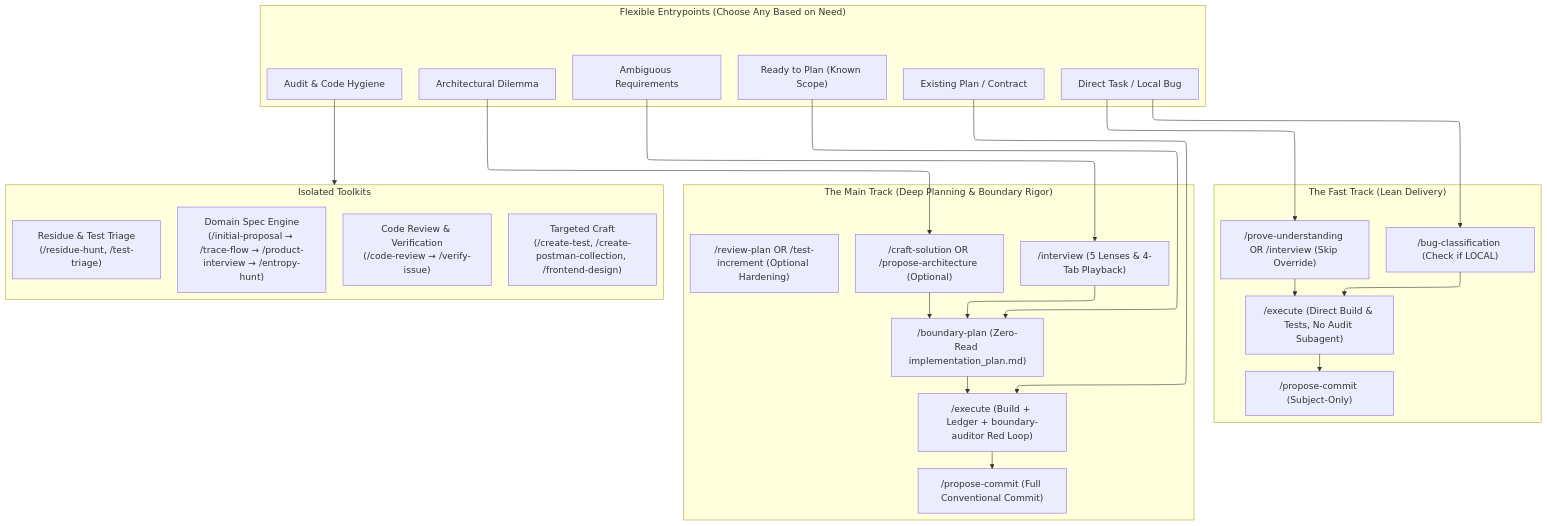
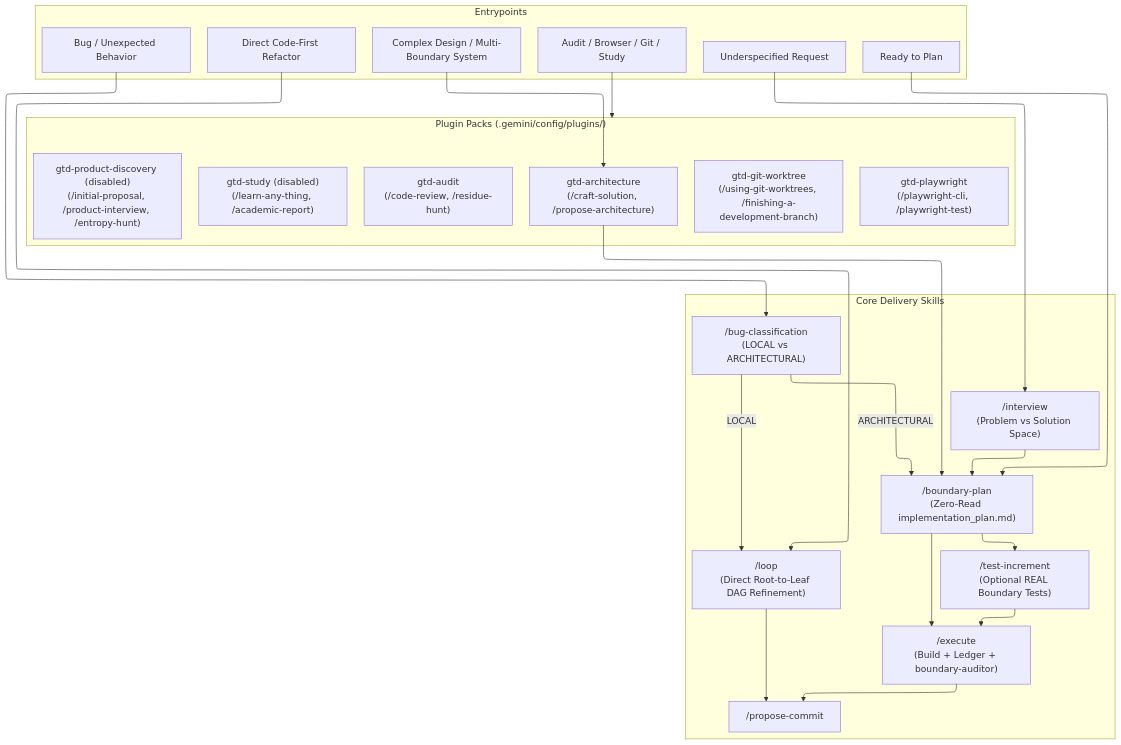
One commit to Hoang604/get-thing-done changed the diagram in README.md. Above: the diagram before and after it, drawn with Mermaid. The commit also changed other lines of this file, not shown here.

Commit message:
docs: refresh README with current skills, plugins, and subagents

````diff
--- a/README.md
+++ b/README.md
@@ -33,43 +36,41 @@
 ```mermaid
 %%{init: {"flowchart": {"defaultRenderer": "elk"}}}%%
 flowchart TD
-    subgraph Entrypoints["Flexible Entrypoints (Choose Any Based on Need)"]
-        E1["Direct Task / Local Bug"]
-        E2["Ambiguous Requirements"]
-        E3["Architectural Dilemma"]
-        E4["Ready to Plan (Known Scope)"]
-        E5["Existing Plan / Contract"]
-        E6["Audit & Code Hygiene"]
+    subgraph Entrypoints["Entrypoints"]
+        E1["Bug / Unexpected Behavior"]
+        E2["Underspecified Request"]
+        E3["Complex Design / Multi-Boundary System"]
+        E4["Ready to Plan"]
+        E5["Direct Code-First Refactor"]
+        E6["Audit / Browser / Git / Study"]
     end
 
-    subgraph FastTrack["The Fast Track (Lean Delivery)"]
-        F1["/prove-understanding OR /interview (Skip Override)"]
-        F2["/bug-classification (Check if LOCAL)"]
-        F3["/execute (Direct Build & Tests, No Audit Subagent)"]
-        F4["/propose-commit (Subject-Only)"]
+    subgraph CoreFlow["Core Delivery Skills"]
+        C1["/bug-classification<br/>(LOCAL vs ARCHITECTURAL)"]
+        C2["/interview<br/>(Problem vs Solution Space)"]
+        C3["/boundary-plan<br/>(Zero-Read implementation_plan.md)"]
+        C4["/test-increment<br/>(Optional REAL Boundary Tests)"]
+        C5["/execute<br/>(Build + Ledger + boundary-auditor)"]
+        C6["/loop<br/>(Direct Root-to-Leaf DAG Refinement)"]
+        C7["/propose-commit"]
     end
 
-    subgraph MainTrack["The Main Track (Deep Planning & Boundary Rigor)"]
-        M1["/interview (5 Lenses & 4-Tab Playback)"]
-        M2["/craft-solution OR /propose-architecture (Optional)"]
-        M3["/boundary-plan (Zero-Read implementation_plan.md)"]
-        M4["/review-plan OR /test-increment (Optional Hardening)"]
-        M5["/execute (Build + Ledger + boundary-auditor Red Loop)"]
-        M6["/propose-commit (Full Conventional Commit)"]
+    subgraph Plugins["Plugin Packs (.gemini/config/plugins/)"]
+        P_Arch["gtd-architecture<br/>(/craft-solution, /propose-architecture)"]
+        P_Audit["gtd-audit<br/>(/code-review, /residue-hunt)"]
+        P_Git["gtd-git-worktree<br/>(/using-git-worktrees, /finishing-a-development-branch)"]
+        P_PW["gtd-playwright<br/>(/playwright-cli, /playwright-test)"]
+        P_Disc["gtd-product-discovery (disabled)<br/>(/initial-proposal, /product-interview, /entropy-hunt)"]
+        P_Study["gtd-study (disabled)<br/>(/learn-any-thing, /academic-report)"]
     end
 
-    subgraph Standalone["Isolated Toolkits"]
-        S_Spec["Domain Spec Engine<br/>(/initial-proposal → /trace-flow → /product-interview → /entropy-hunt)"]
-        S_Rev["Code Review & Verification<br/>(/code-review → /verify-issue)"]
-        S_Debt["Residue & Test Triage<br/>(/residue-hunt, /test-triage)"]
-        S_Craft["Targeted Craft<br/>(/create-test, /create-postman-collection, /frontend-design)"]
-    end
-
-    E1 --> F2 --> F3 --> F4
-    E1 --> F1 --> F3
-    E2 --> M1 --> M3
-    E3 --> M2 --> M3
-    E4 --> M3 --> M5 --> M6
-    E5 --> M5
-    E6 --> Standalone
+    E1 --> C1
+    C1 -->|LOCAL| C6
+    C1 -->|ARCHITECTURAL| C3
+    E2 --> C2 --> C3
+    E3 --> P_Arch --> C3
+    E4 --> C3 --> C4 --> C5 --> C7
+    C3 --> C5
+    E5 --> C6 --> C7
+    E6 --> Plugins
 ```
````
